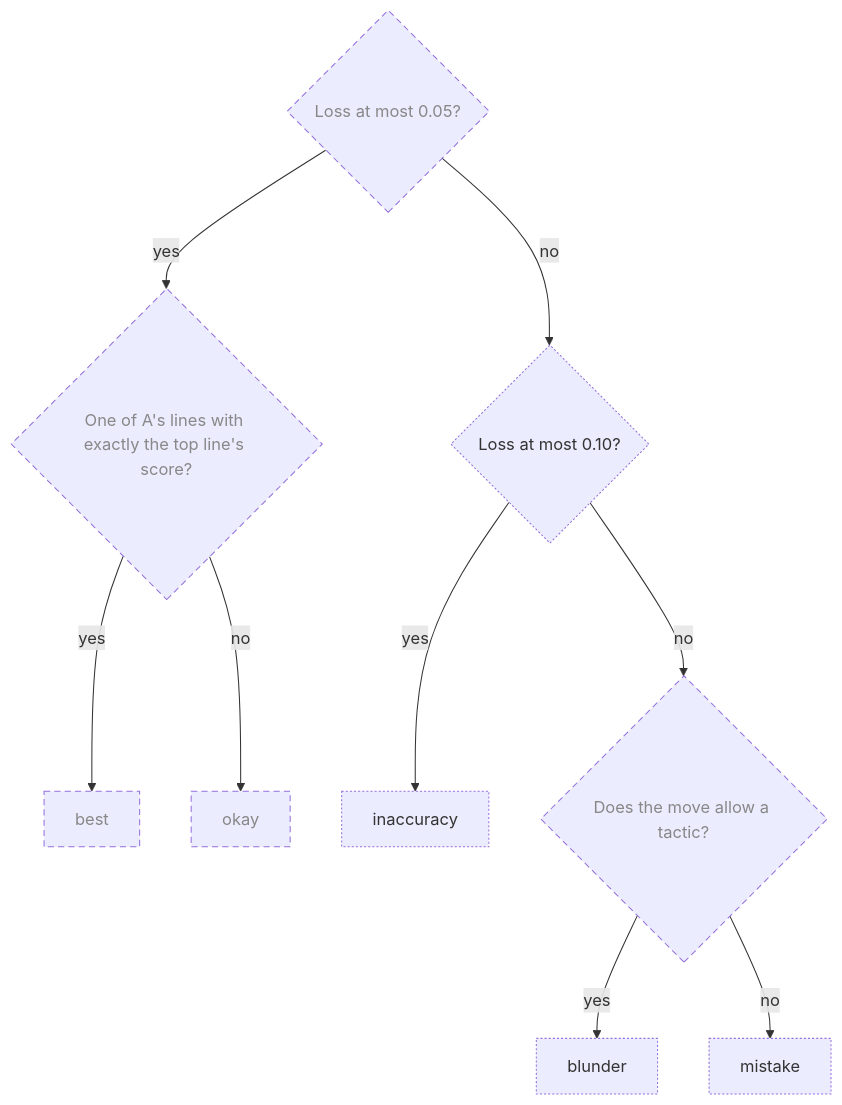
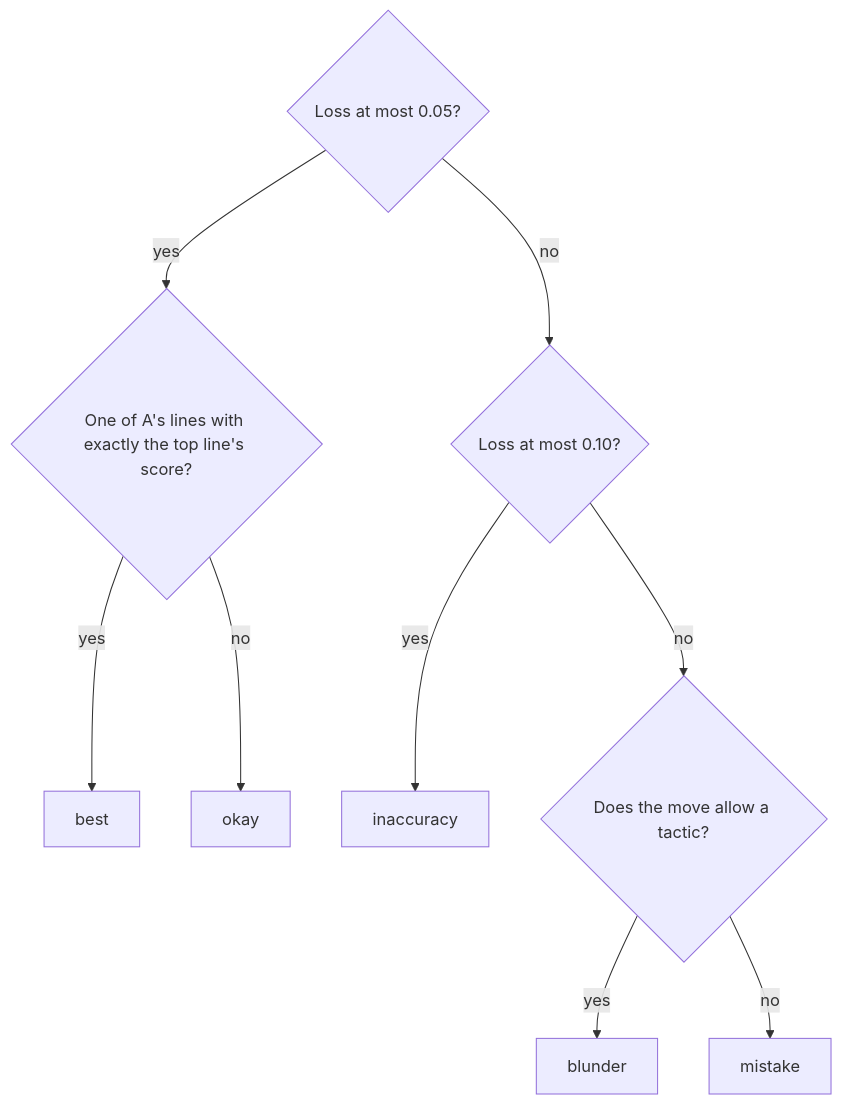
One commit to aurja/ChessWhy changed diagram 16 of 22 in Planning/DBC/CONCEPTS.md. Above: the diagram before and after it, drawn with Mermaid. The commit also changed other lines of this file and 34 other files, not shown here.

````diff
--- a/Planning/DBC/CONCEPTS.md
+++ b/Planning/DBC/CONCEPTS.md
@@ -740,25 +735,23 @@
 ```mermaid
 flowchart TD
     VdPlayable{"Loss at most 0.05?"}
     VdSameScore{"One of A's lines with exactly the top line's score?"}
     VdBest["best"]
     VdOkay["okay"]
     VdSmall{"Loss at most 0.10?"}
     VdInaccuracy["inaccuracy"]
     VdAllows{"Does the move allow a tactic?"}
     VdBlunder["blunder"]
     VdMistake["mistake"]
     VdPlayable -->|yes| VdSameScore
     VdPlayable -->|no| VdSmall
     VdSameScore -->|yes| VdBest
     VdSameScore -->|no| VdOkay
     VdSmall -->|yes| VdInaccuracy
     VdSmall -->|no| VdAllows
     VdAllows -->|yes| VdBlunder
     VdAllows -->|no| VdMistake
     classDef planned stroke-dasharray:6 4,color:#888
     classDef partial stroke-dasharray:2 2
     classDef external stroke-dasharray:1 3,color:#999
-    class VdPlayable,VdSameScore,VdBest,VdOkay,VdAllows planned
-    class VdSmall,VdInaccuracy,VdBlunder,VdMistake partial
 ```
````
